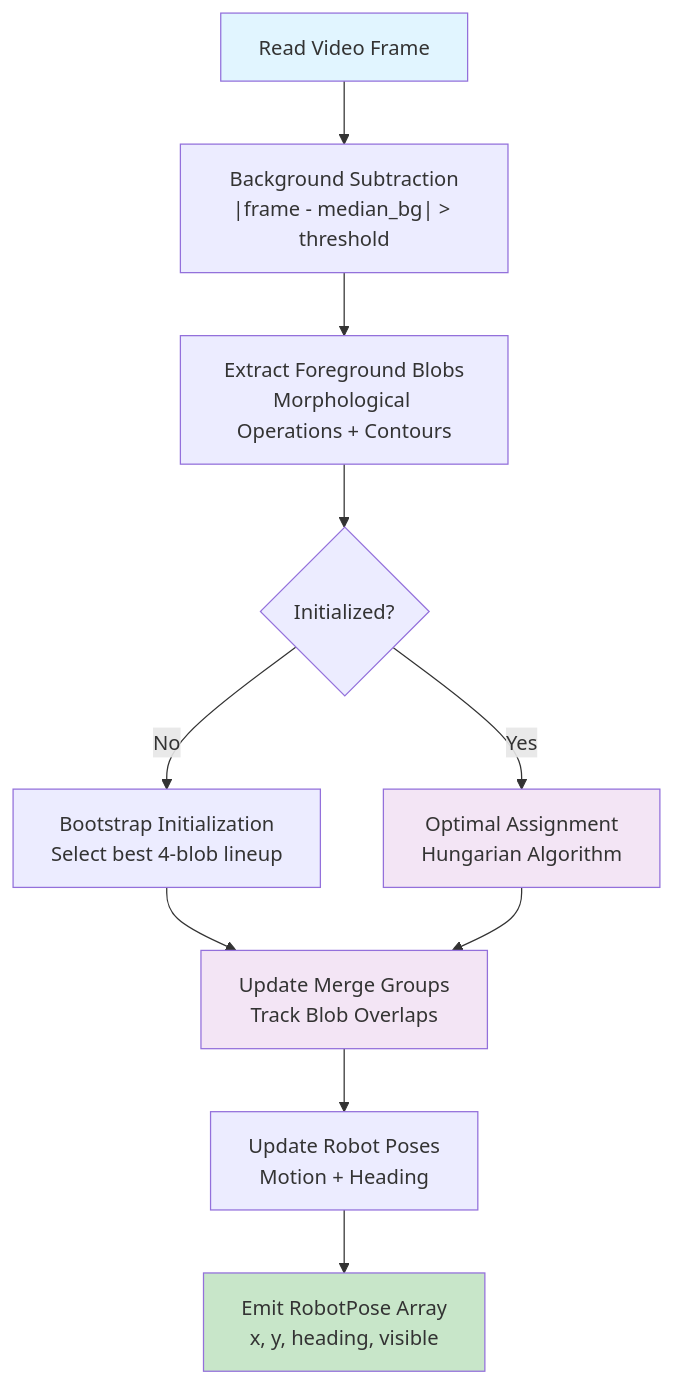
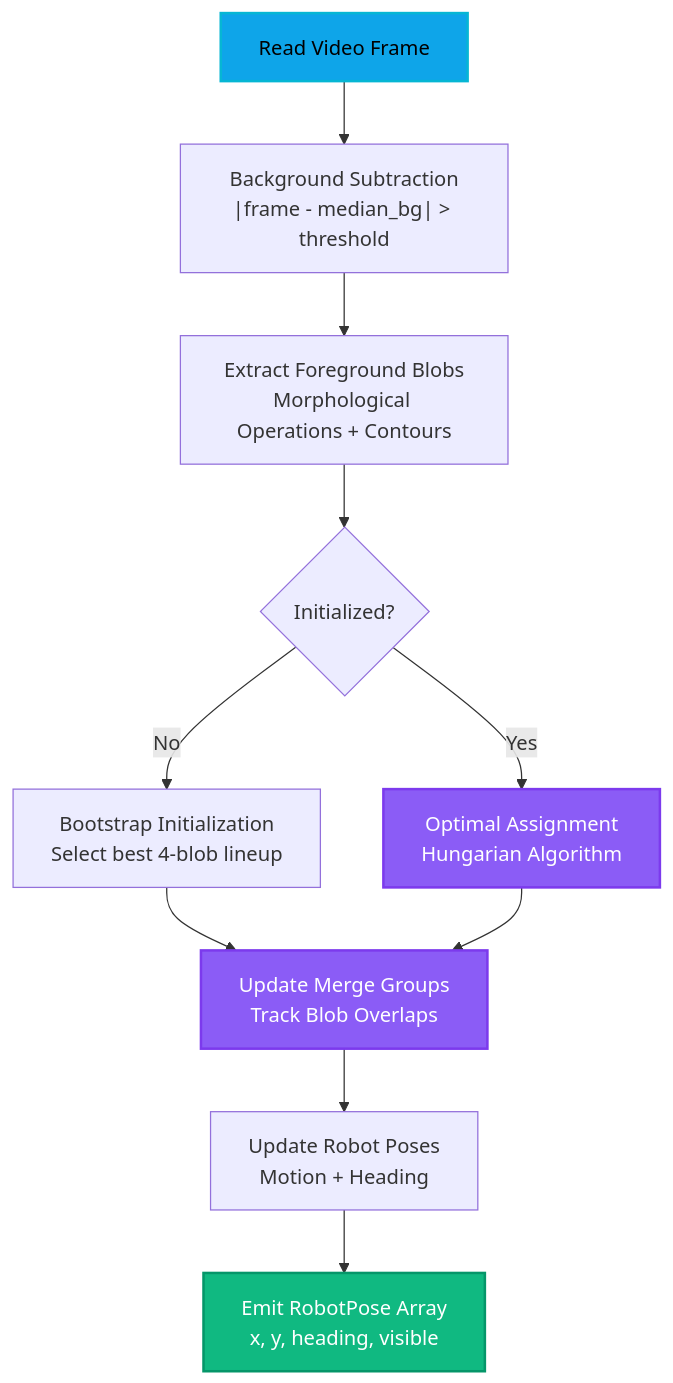
One commit to ALeaf21/LearningJuiceAutoScout changed the fifth of 13 diagrams in docs/SYSTEM_ARCHITECTURE.md. Above: the diagram before and after it, drawn with Mermaid. The commit also changed other lines of this file and 1 other file, not shown here.

Commit message:
doc updated for dark theme

````diff
--- a/docs/SYSTEM_ARCHITECTURE.md
+++ b/docs/SYSTEM_ARCHITECTURE.md
@@ -155,33 +158,34 @@
 ```mermaid
+%%{init: {theme: 'dark'}}%%
 graph TD
     Frame["Read Video Frame"]
     FG["Background Subtraction<br/>|frame - median_bg| > threshold"]
     Blobs["Extract Foreground Blobs<br/>Morphological Operations + Contours"]
     
     Init{Initialized?}
     
     Bootstrap["Bootstrap Initialization<br/>Select best 4-blob lineup"]
     Assign["Optimal Assignment<br/>Hungarian Algorithm"]
     
     UpdateMerge["Update Merge Groups<br/>Track Blob Overlaps"]
     UpdatePose["Update Robot Poses<br/>Motion + Heading"]
     
     Output["Emit RobotPose Array<br/>x, y, heading, visible"]
     
     Frame --> FG
     FG --> Blobs
     Blobs --> Init
     
     Init -->|No| Bootstrap
     Init -->|Yes| Assign
     
     Bootstrap --> UpdateMerge
     Assign --> UpdateMerge
     UpdateMerge --> UpdatePose
     UpdatePose --> Output
     
-    style Frame fill:#e1f5ff
-    style Output fill:#c8e6c9
-    style Assign fill:#f3e5f5
-    style UpdateMerge fill:#f3e5f5
+    style Frame fill:#0ea5e9,stroke:#06b6d4,stroke-width:2px,color:#000
+    style Output fill:#10b981,stroke:#059669,stroke-width:2px,color:#fff
+    style Assign fill:#8b5cf6,stroke:#7c3aed,stroke-width:2px,color:#fff
+    style UpdateMerge fill:#8b5cf6,stroke:#7c3aed,stroke-width:2px,color:#fff
 ```
````
